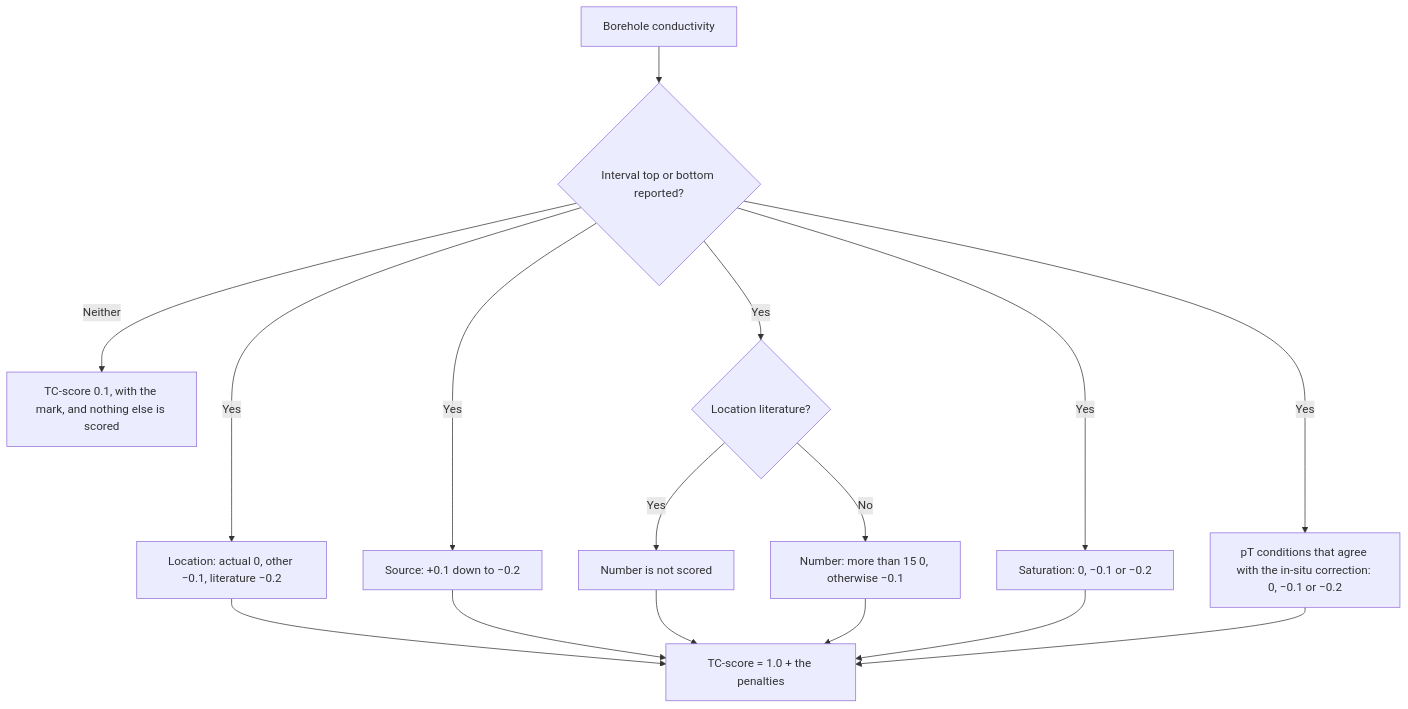
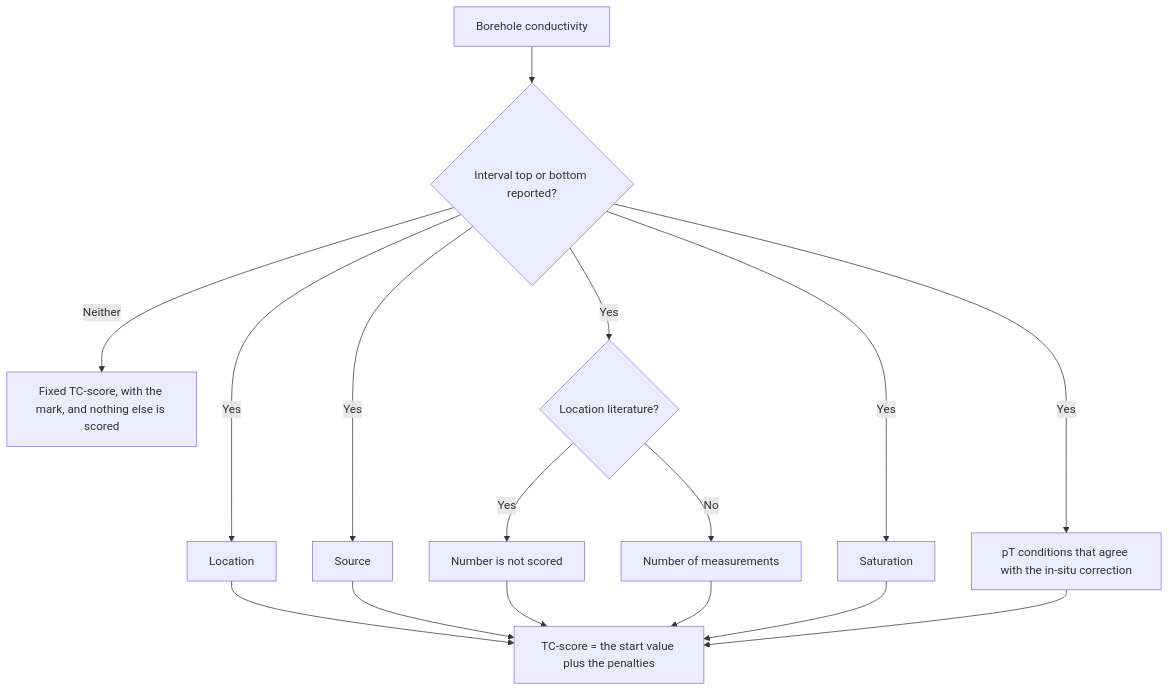
The second of 2 diagrams in docs/reference/quality-scheme/borehole-and-mine.md (ihfc-iugg/ghfdb), drawn with Mermaid before and after one commit. The commit also changed other lines of this file and 83 other files, not shown here.

````diff
--- a/docs/reference/quality-scheme/borehole-and-mine.md
+++ b/docs/reference/quality-scheme/borehole-and-mine.md
@@ -105,18 +99,18 @@
 ```{mermaid}
 flowchart TD
     conductivity["Borehole conductivity"] --> depth{"Interval top or bottom reported?"}
-    depth -->|"Neither"| gate["TC-score 0.1, with the mark, and nothing else is scored"]
-    depth -->|"Yes"| location["Location: actual 0, other −0.1, literature −0.2"]
-    depth -->|"Yes"| source["Source: +0.1 down to −0.2"]
+    depth -->|"Neither"| gate["Fixed TC-score, with the mark, and nothing else is scored"]
+    depth -->|"Yes"| location["Location"]
+    depth -->|"Yes"| source["Source"]
     depth -->|"Yes"| literature{"Location literature?"}
     literature -->|"Yes"| skip["Number is not scored"]
-    literature -->|"No"| number["Number: more than 15 0, otherwise −0.1"]
-    depth -->|"Yes"| saturation["Saturation: 0, −0.1 or −0.2"]
-    depth -->|"Yes"| pt["pT conditions that agree with the in-situ correction: 0, −0.1 or −0.2"]
-    location --> sum["TC-score = 1.0 + the penalties"]
+    literature -->|"No"| number["Number of measurements"]
+    depth -->|"Yes"| saturation["Saturation"]
+    depth -->|"Yes"| pt["pT conditions that agree with the in-situ correction"]
+    location --> sum["TC-score = the start value plus the penalties"]
     source --> sum
     skip --> sum
     number --> sum
     saturation --> sum
     pt --> sum
 ```
````
